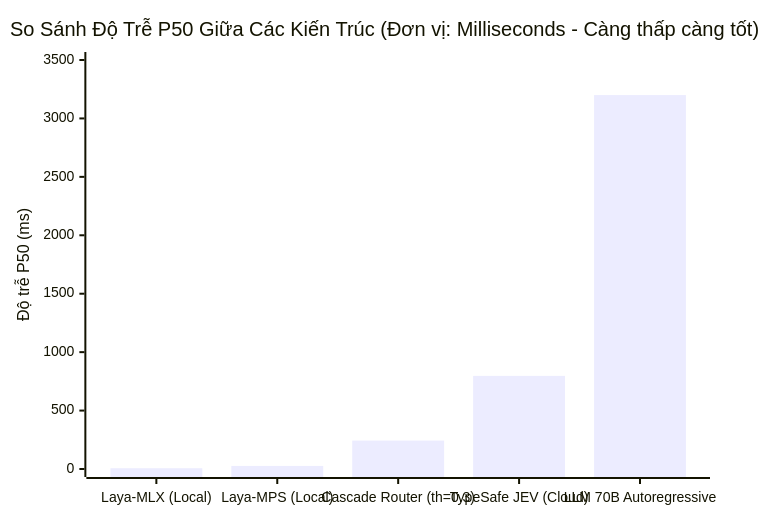
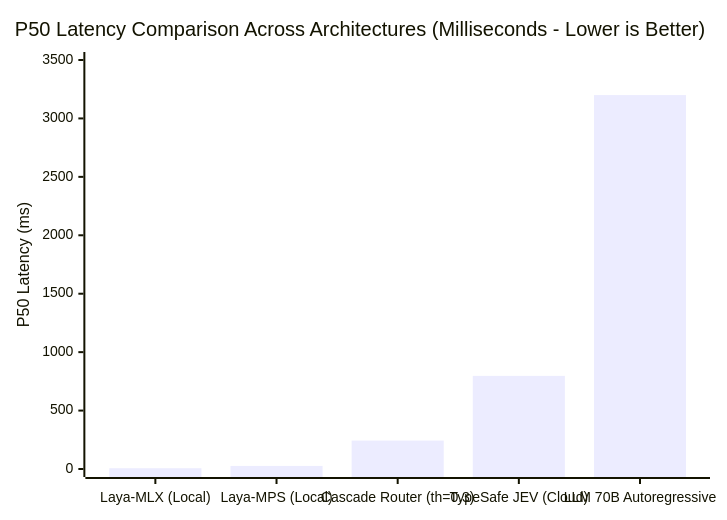
Before and after one commit to jangtrinh/design-os-system-one: the first of 4 diagrams in docs/case-study.md, drawn with Mermaid. The commit also changed other lines of this file and 261 other files, not shown here.

````diff
--- a/docs/case-study.md
+++ b/docs/case-study.md
@@ -100,7 +100,7 @@
 ```mermaid
 xychart-beta
-    title "So Sánh Độ Trễ P50 Giữa Các Kiến Trúc (Đơn vị: Milliseconds - Càng thấp càng tốt)"
+    title "P50 Latency Comparison Across Architectures (Milliseconds - Lower is Better)"
     x-axis ["Laya-MLX (Local)", "Laya-MPS (Local)", "Cascade Router (th=0.3)", "TypeSafe JEV (Cloud)", "LLM 70B Autoregressive"]
-    y-axis "Độ trễ P50 (ms)" 0 --> 3500
+    y-axis "P50 Latency (ms)" 0 --> 3500
     bar [6.5, 26.4, 243.2, 796.8, 3200.0]
 ```
````
